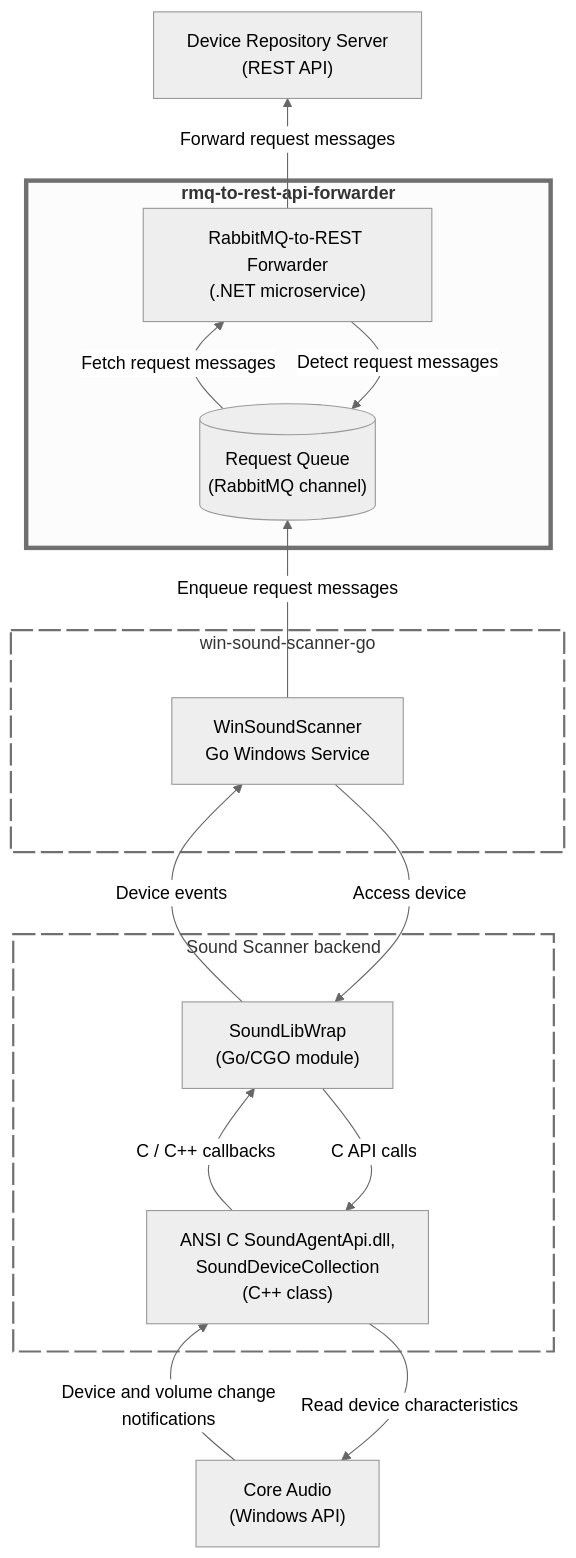
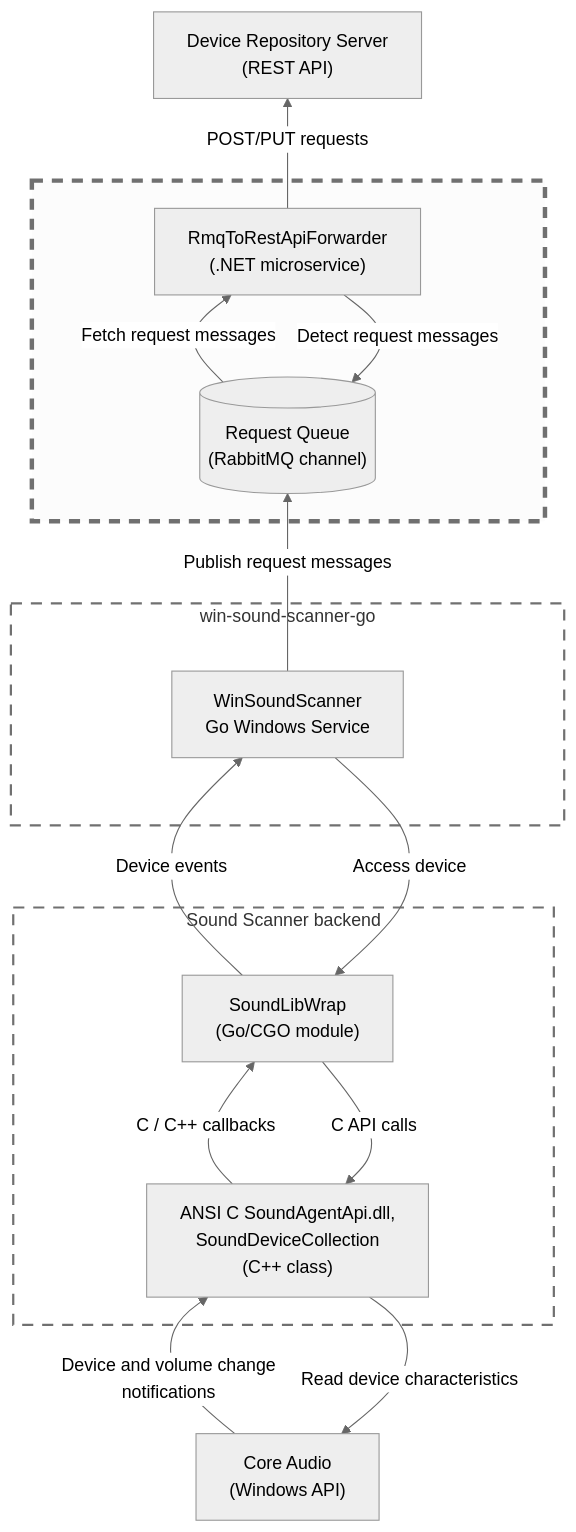
One commit to collect-sound-devices/rmq-to-rest-api-forwarder changed the first of 2 diagrams in README.md. Above: the diagram before and after it, drawn with Mermaid (neutral theme).

Commit message:
Refine Mermaid diagram class definitions and labels

````diff
--- a/README.md
+++ b/README.md
@@ -13,51 +13,51 @@
 ```mermaid
 flowchart BT
 
-classDef dottedBox fill:transparent,fill-opacity:0.55, stroke-dasharray:20 5,stroke-width:2px;
-classDef stressedBox fill:#f0f0f0,fill-opacity:0.2,stroke-width:4px;
-classDef invisibleNode fill:transparent,stroke:transparent;
+classDef dottedBox fill:transparent, fill-opacity:0.55, stroke-dasharray:10 8, stroke-width:2px;
+classDef stressedBox fill:#f0f0f0, fill-opacity:0.2, stroke-dasharray:10 8, stroke-width:4px;
+classDef invisibleNode fill:transparent, stroke:transparent;
 
 coreAudioApi["Core Audio<br>(Windows API)"]
 
 subgraph scannerBackend["Sound Scanner backend"]
     invisible3["<br><br><br><br><br>"]
     class invisible3 invisibleNode
     goCgoWrapper["SoundLibWrap<br>(Go/CGO module)"]
     soundAgentApiDll["ANSI C SoundAgentApi.dll,<br>SoundDeviceCollection<br>(C++ class)"]
     invisible4["<br><br><br><br><br>"]
     class invisible4 invisibleNode
 end
 class scannerBackend dottedBox
 
 coreAudioApi -->|Device and volume change<br>notifications| soundAgentApiDll
 soundAgentApiDll --> |Read device characteristics| coreAudioApi
 
 subgraph scannerService["win-sound-scanner-go"]
     invisible1["<br><br><br><br><br>"]
     class invisible1 invisibleNode
     winSoundScannerService["WinSoundScanner<br>Go Windows Service"]
     invisible2["<br><br><br><br><br>"]
     class invisible2 invisibleNode
 end
 class scannerService dottedBox
 
-subgraph requestQueueMicroservice["<b>rmq-to-rest-api-forwarder</b>"]
+subgraph requestQueueMicroservice["<br>"]
     requestQueue[("Request Queue<br>(RabbitMQ channel)")]
-    rabbitMqRestForwarder["RabbitMQ-to-REST Forwarder<br>(.NET microservice)"]
+    rabbitMqRestForwarder["RmqToRestApiForwarder<br>(.NET microservice)"]
 end
 class requestQueueMicroservice stressedBox
 
 deviceRepositoryApi["Device Repository Server<br>(REST API)"]
 
 winSoundScannerService --> |Access device| goCgoWrapper
 goCgoWrapper -->|Device events| winSoundScannerService
 
 goCgoWrapper --> |C API calls| soundAgentApiDll
 soundAgentApiDll -->|C / C++ callbacks| goCgoWrapper
 
-winSoundScannerService -->|Enqueue request messages| requestQueue
+winSoundScannerService -->|Publish request messages| requestQueue
 
 requestQueue -->|Fetch request messages| rabbitMqRestForwarder
 rabbitMqRestForwarder --> |Detect request messages| requestQueue
-rabbitMqRestForwarder -->|Forward request messages| deviceRepositoryApi
+rabbitMqRestForwarder -->|POST/PUT requests| deviceRepositoryApi
 ```
````
